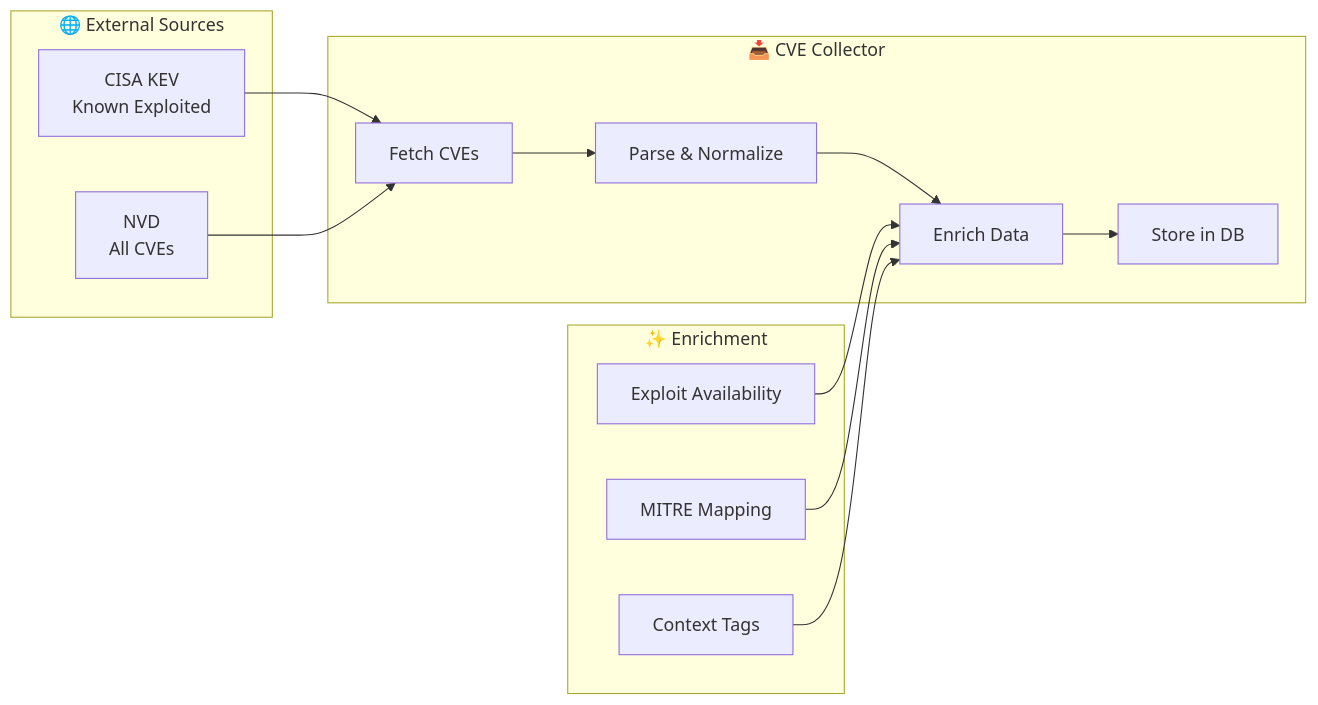
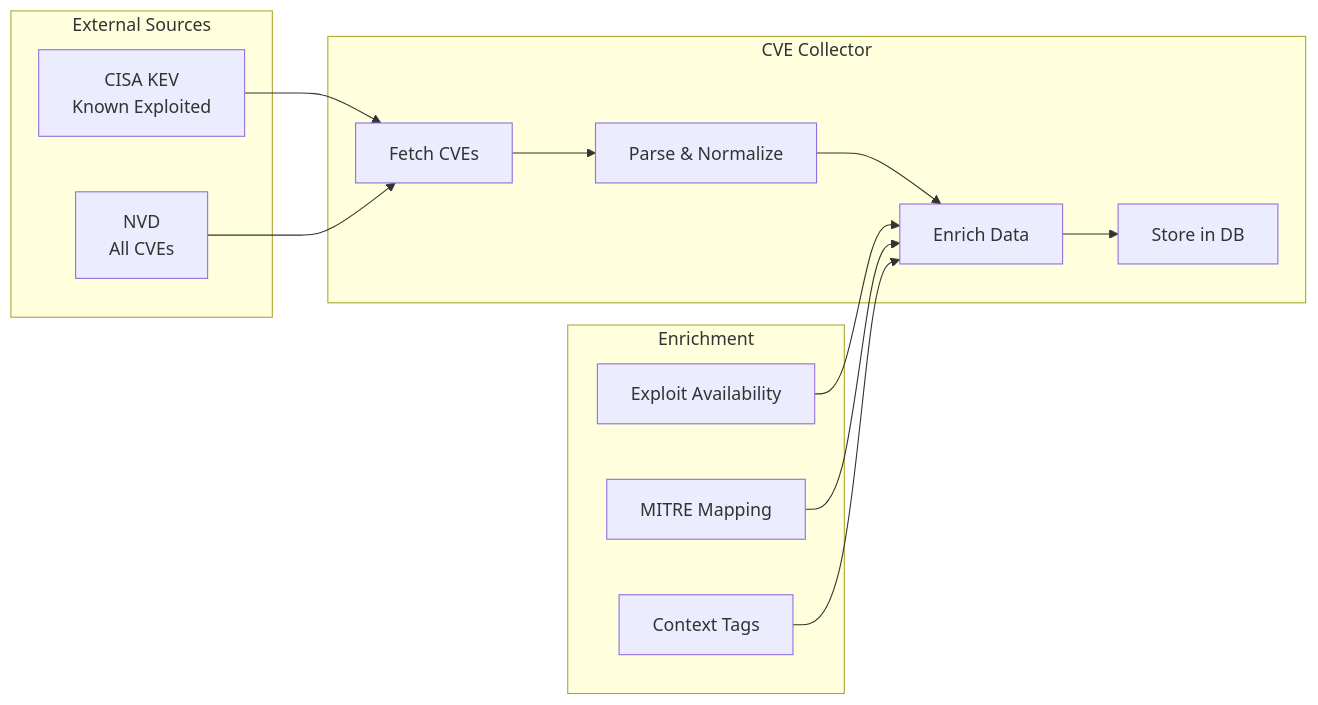
Before and after one commit to Gokul-social/Horizon_Beach_Hacks: diagram 12 of 15 in README.md, drawn with Mermaid. The commit also changed other lines of this file, not shown here.

````diff
--- a/README.md
+++ b/README.md
@@ -490,23 +477,23 @@
 ```mermaid
 flowchart LR
-    subgraph Sources["🌐 External Sources"]
+    subgraph Sources["External Sources"]
         CISA[CISA KEV<br/>Known Exploited]
         NVD[NVD<br/>All CVEs]
     end
 
-    subgraph Collector["📥 CVE Collector"]
+    subgraph Collector["CVE Collector"]
         FETCH[Fetch CVEs]
         PARSE[Parse & Normalize]
         ENRICH[Enrich Data]
         STORE[Store in DB]
     end
 
-    subgraph Enrichment["✨ Enrichment"]
+    subgraph Enrichment["Enrichment"]
         EXPLOIT[Exploit Availability]
         MITRE[MITRE Mapping]
         CONTEXT[Context Tags]
     end
 
     CISA & NVD --> FETCH --> PARSE --> ENRICH --> STORE
     EXPLOIT & MITRE & CONTEXT --> ENRICH
 ```
````
